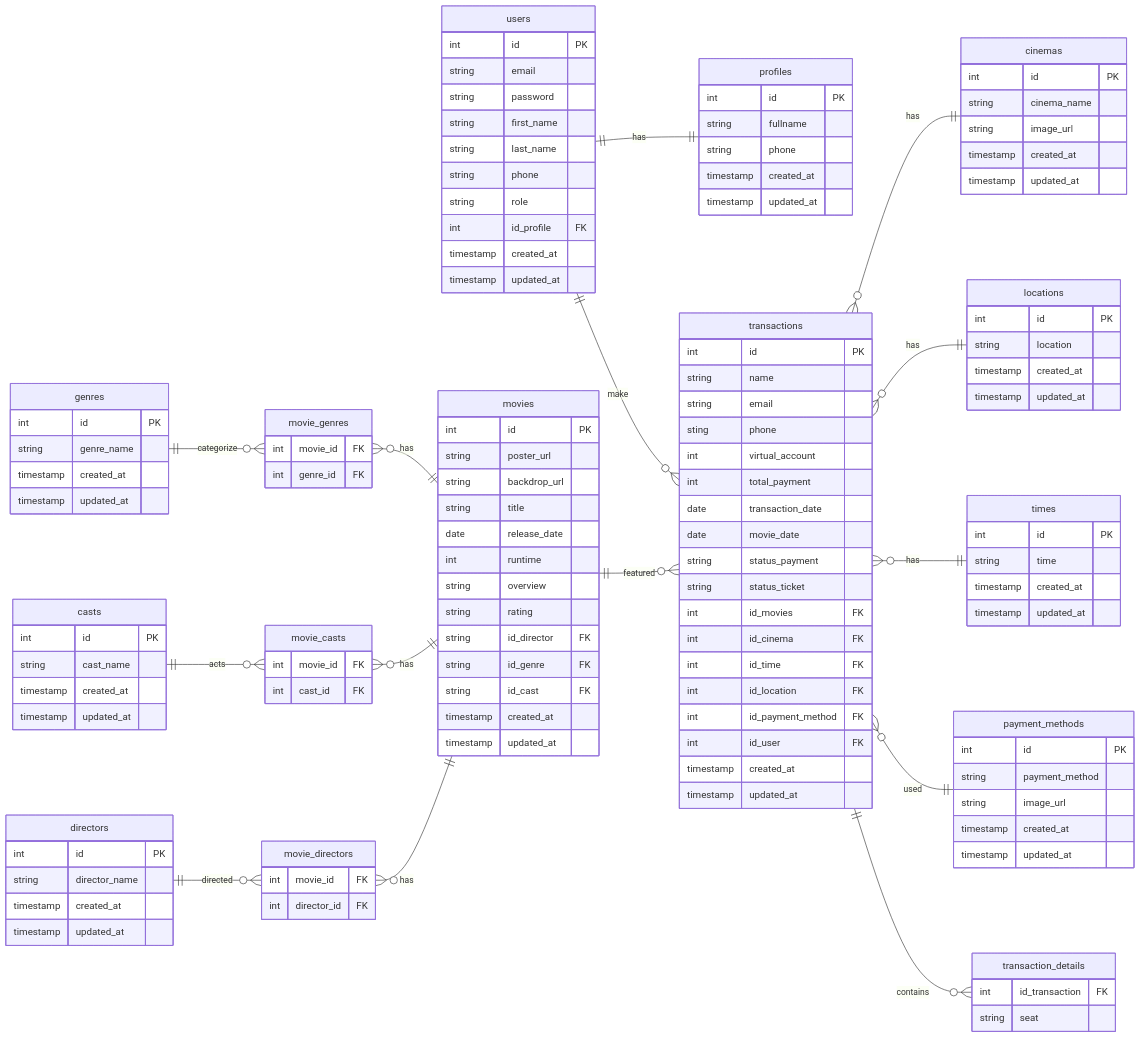
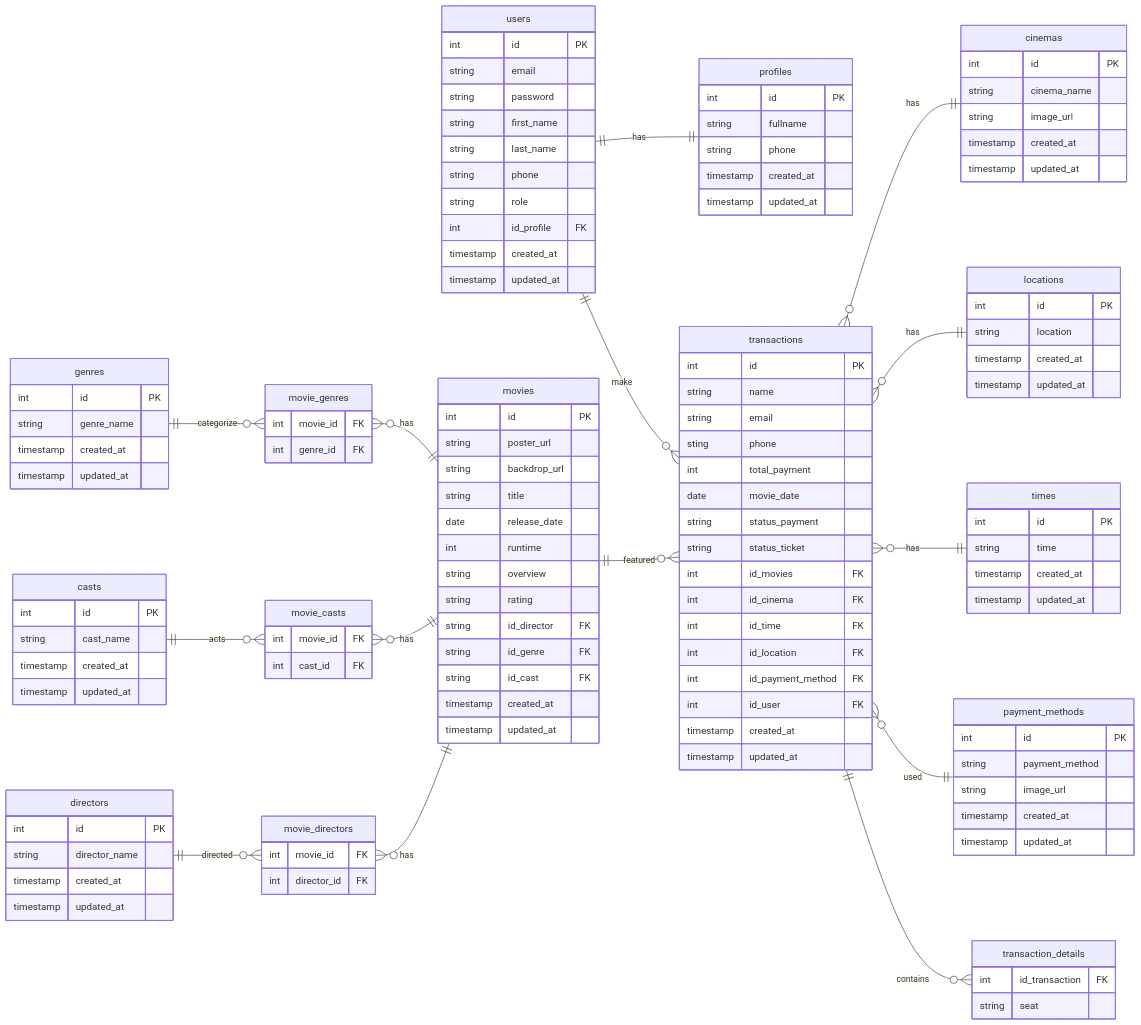
One commit to yusufbahtiarr/fgo24-be-tickitz changed the diagram in readme.md. Above: the diagram before and after it, drawn with Mermaid.

Commit message:
docs(sql): remove virtual_account and transaction_date from transactions

```diff
--- a/readme.md
+++ b/readme.md
@@ -95,9 +95,7 @@
     string name
     string email
     sting phone
-    int virtual_account
     int total_payment
-    date transaction_date
     date movie_date
     string status_payment
     string status_ticket
```
